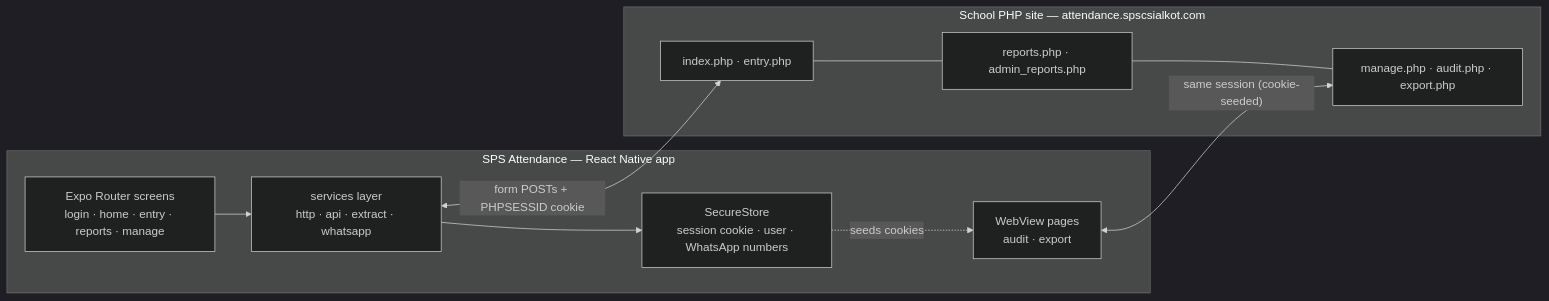
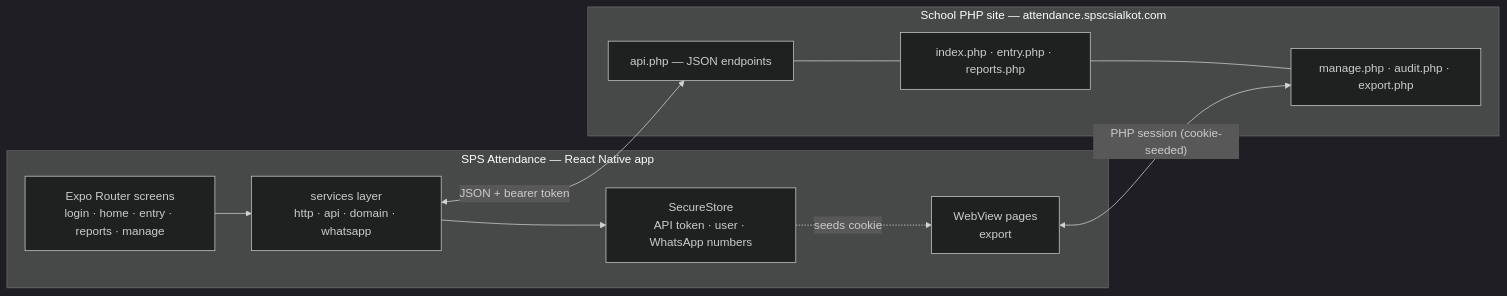
One commit to vagu3s0ul/Bio-Attendance changed the first of 2 diagrams in README.md. Above: the diagram before and after it, drawn with Mermaid (dark theme). The commit also changed other lines of this file and 84 other files, not shown here.

````diff
--- a/README.md
+++ b/README.md
@@ -67,20 +121,20 @@
 ```mermaid
 flowchart LR
     subgraph APP["SPS Attendance — React Native app"]
         UI["Expo Router screens<br/>login · home · entry · reports · manage"]
-        SVC["services layer<br/>http · api · extract · whatsapp"]
-        SEC["SecureStore<br/>session cookie · user · WhatsApp numbers"]
-        WEB["WebView pages<br/>audit · export"]
+        SVC["services layer<br/>http · api · domain · whatsapp"]
+        SEC["SecureStore<br/>API token · user · WhatsApp numbers"]
+        WEB["WebView pages<br/>export"]
         UI --> SVC
         SVC --> SEC
-        SEC -. seeds cookies .-> WEB
+        SEC -. seeds cookie .-> WEB
     end
     subgraph SITE["School PHP site — attendance.spscsialkot.com"]
-        P1["index.php · entry.php"]
-        P2["reports.php · admin_reports.php"]
-        P3["manage.php · audit.php · export.php"]
-        P1 --- P2 --- P3
+        API["api.php — JSON endpoints"]
+        P1["index.php · entry.php · reports.php"]
+        P2["manage.php · audit.php · export.php"]
+        API --- P1 --- P2
     end
-    SVC <-->|"form POSTs + PHPSESSID cookie"| P1
-    WEB <-->|"same session (cookie-seeded)"| P3
+    SVC <-->|"JSON + bearer token"| API
+    WEB <-->|"PHP session (cookie-seeded)"| P2
 ```
````
